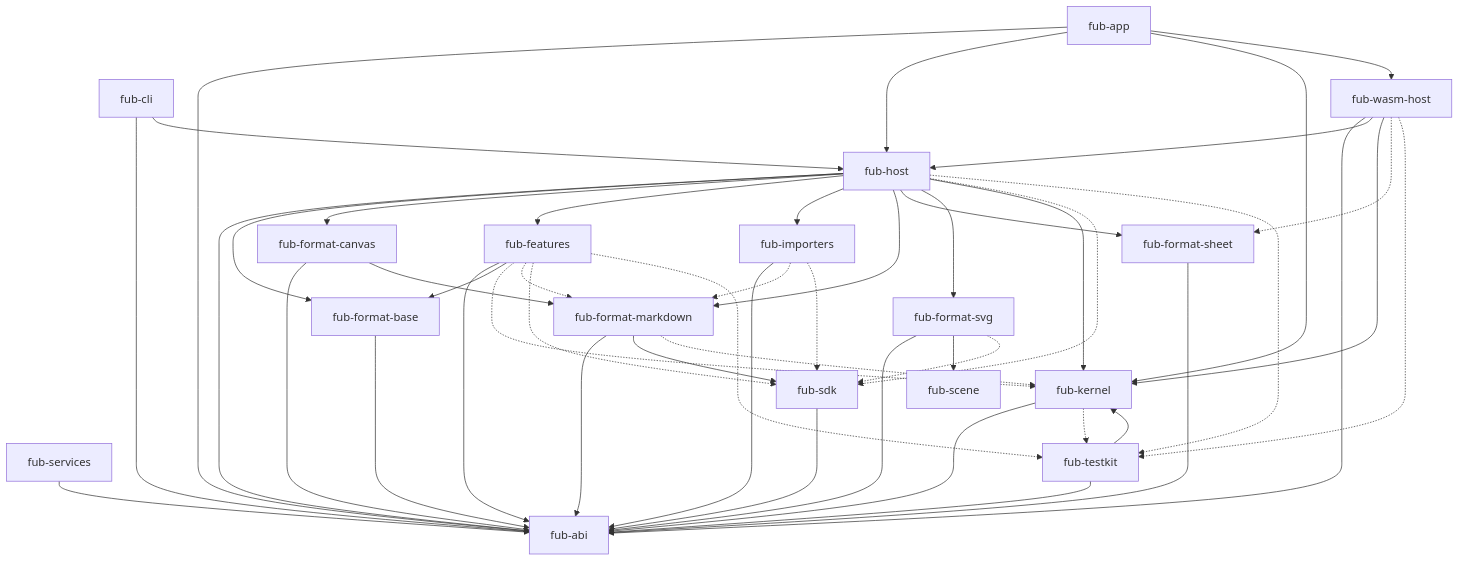
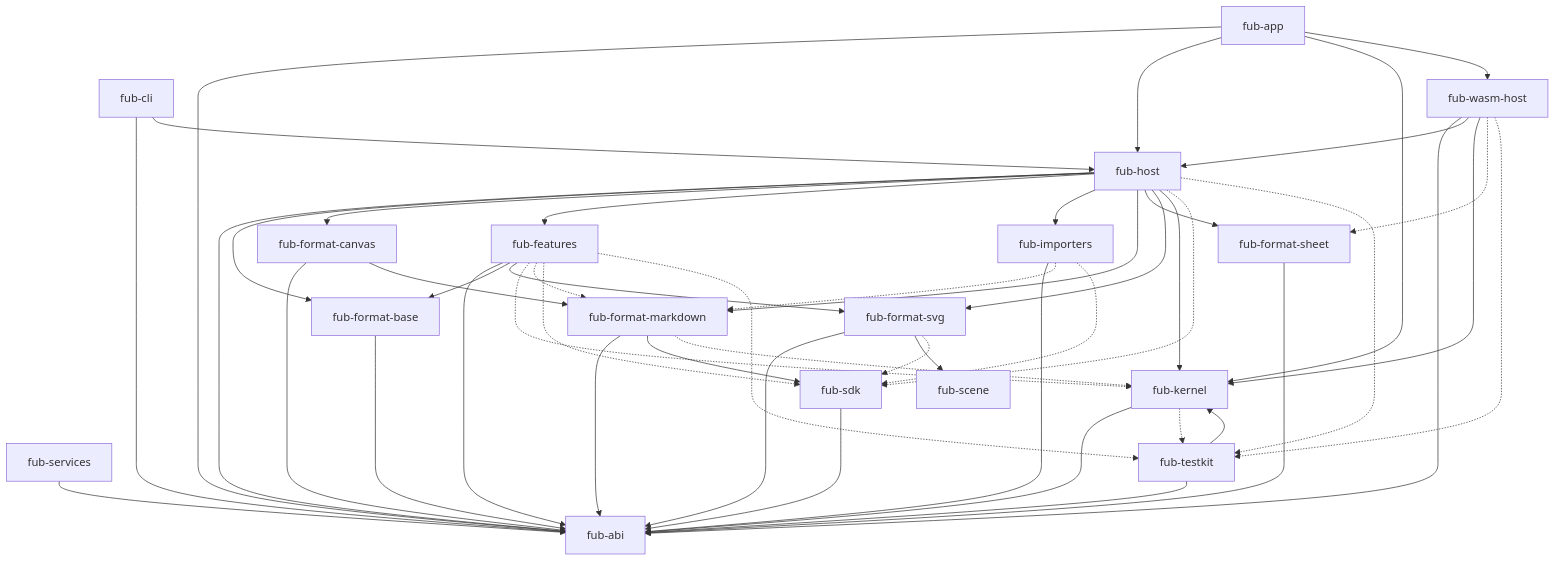
One commit to Fubeo/Fub changed the first of 2 diagrams in docs/architecture/overview.md. Above: the diagram before and after it, drawn with Mermaid. The commit also changed other lines of this file and 9 other files, not shown here.

````diff
--- a/docs/architecture/overview.md
+++ b/docs/architecture/overview.md
@@ -28,72 +28,73 @@
 ```mermaid
 flowchart TD
     %% @grafo-dipendenze
     %% Questo blocco è confrontato con cargo metadata da dependency_invariant.rs.
 
     app["fub-app"]
     host["fub-host"]
     features["fub-features"]
     markdown["fub-format-markdown"]
     sheet["fub-format-sheet"]
     base["fub-format-base"]
     canvas["fub-format-canvas"]
     svg["fub-format-svg"]
     scene["fub-scene"]
     importers["fub-importers"]
     cli["fub-cli"]
     services["fub-services"]
     wasmhost["fub-wasm-host"]
     sdk["fub-sdk"]
     testkit["fub-testkit"]
     kernel["fub-kernel"]
     abi["fub-abi"]
 
     app --> abi
     app --> host
     app --> kernel
     app --> wasmhost
     host --> abi
     host --> base
     host --> canvas
     host --> features
     host --> importers
     host --> markdown
     host --> sheet
     host --> svg
     host --> kernel
     cli --> abi
     cli --> host
     services --> abi
     base --> abi
     canvas --> abi
     canvas --> markdown
     importers --> abi
     features --> abi
     features --> base
+    features --> svg
     markdown --> abi
     markdown --> sdk
     sheet --> abi
     svg --> abi
     svg --> scene
     wasmhost --> abi
     wasmhost --> host
     wasmhost --> kernel
     kernel --> abi
     sdk --> abi
     testkit --> abi
     testkit --> kernel
 
     features -.-> kernel
     features -.-> markdown
     features -.-> sdk
     features -.-> testkit
     markdown -.-> kernel
     kernel -.-> testkit
     host -.-> sdk
     host -.-> testkit
     wasmhost -.-> sheet
     wasmhost -.-> testkit
     importers -.-> markdown
     importers -.-> sdk
     svg -.-> sdk
 ```
````
